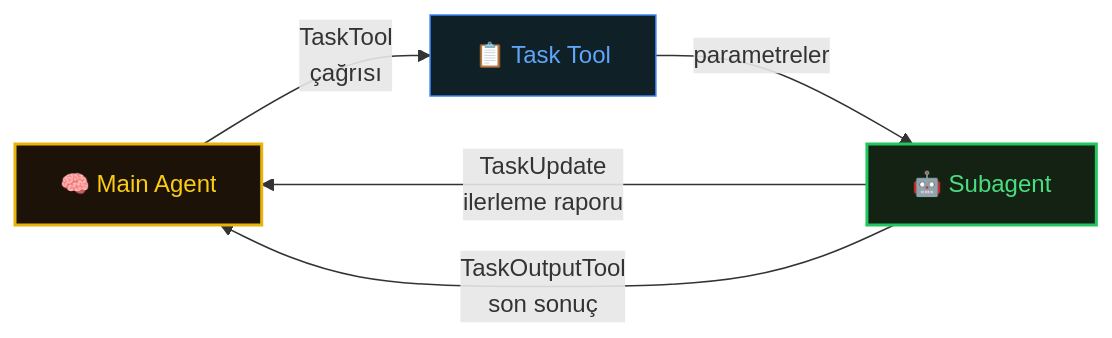
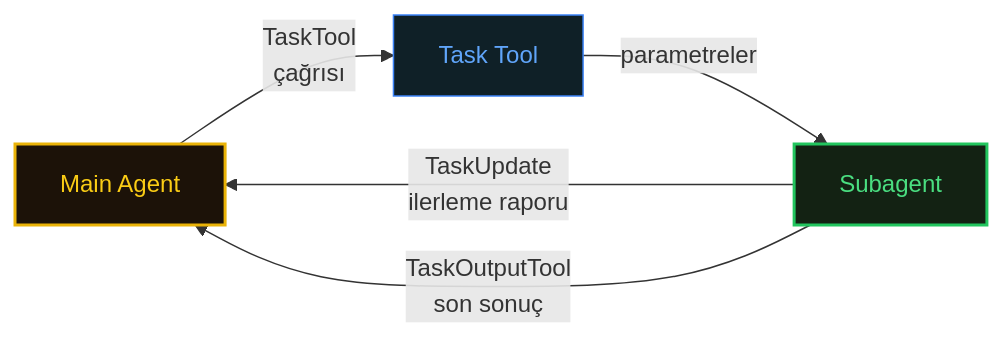
The second of 7 diagrams in 06-What-are-Subagents.md (alperhankendi/claude-code-mastery), drawn with Mermaid before and after one commit. The commit also changed other lines of this file, not shown here.

````diff
--- a/06-What-are-Subagents.md
+++ b/06-What-are-Subagents.md
@@ -74,11 +72,11 @@
 ```mermaid
 graph LR
-    MAIN["🧠 Main Agent"] -- "TaskTool<br/>çağrısı" --> TASK["📋 Task Tool"]
-    TASK -- "parametreler" --> SUB["🤖 Subagent"]
+    MAIN["Main Agent"] -- "TaskTool<br/>çağrısı" --> TASK["Task Tool"]
+    TASK -- "parametreler" --> SUB["Subagent"]
     SUB -- "TaskUpdate<br/>ilerleme raporu" --> MAIN
     SUB -- "TaskOutputTool<br/>son sonuç" --> MAIN
 
     style MAIN fill:#1c1208,stroke:#eab308,stroke-width:2px,color:#facc15
     style TASK fill:#0f2027,stroke:#3b82f6,stroke-width:1px,color:#60a5fa
     style SUB fill:#132213,stroke:#22c55e,stroke-width:2px,color:#4ade80
 ```
````
